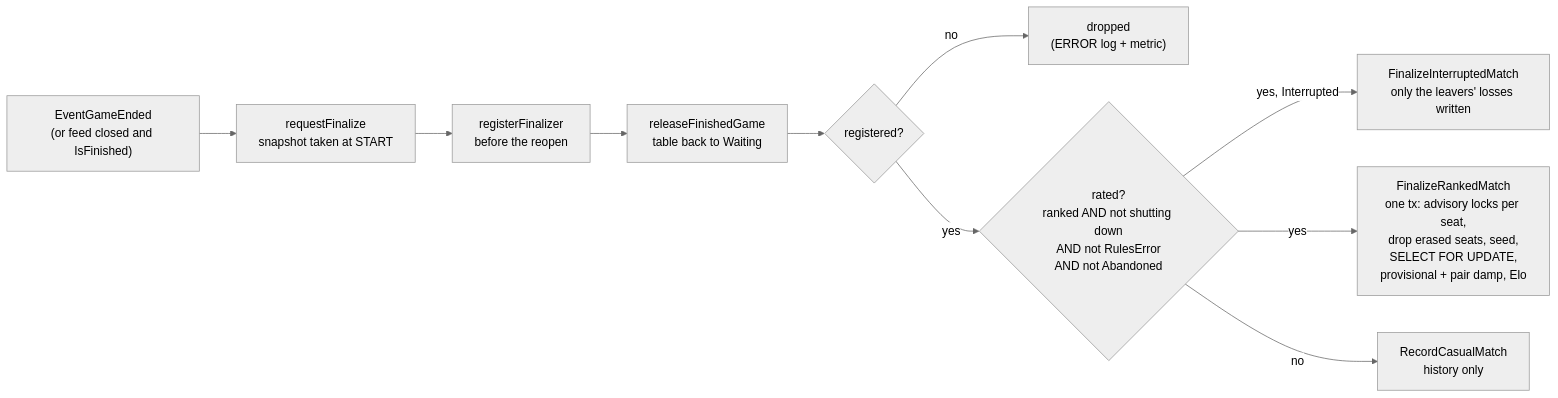
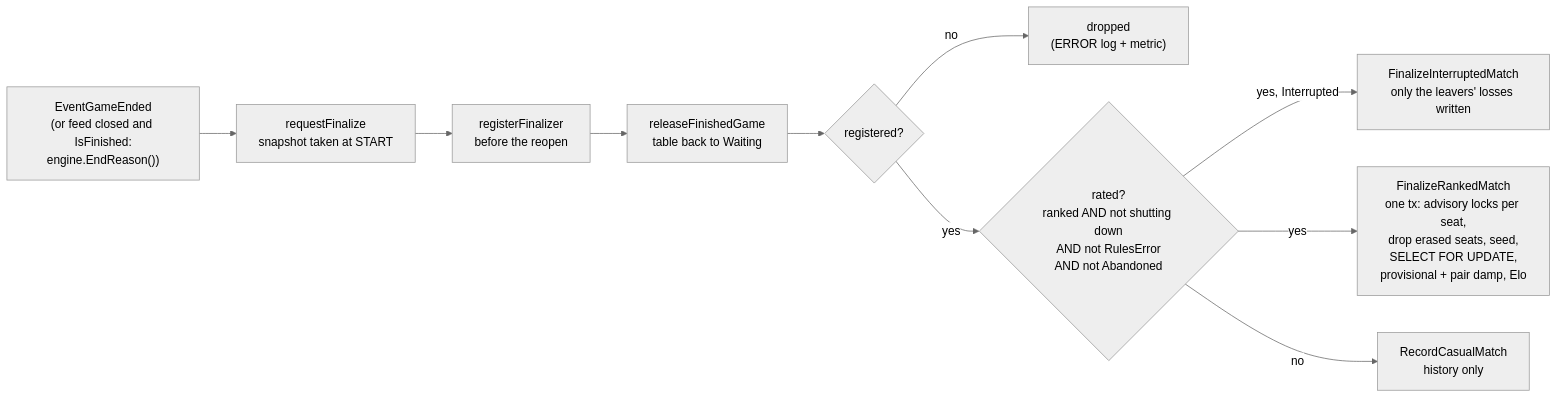
One commit to Pieczasz/tty-cards changed the seventh of 11 diagrams in docs/codebase-map.md. Above: the diagram before and after it, drawn with Mermaid (neutral theme). The commit also changed other lines of this file and 13 other files, not shown here.

Commit message:
feat(game): record why a table ended

````diff
--- a/docs/codebase-map.md
+++ b/docs/codebase-map.md
@@ -297,12 +297,12 @@
 ```mermaid
 flowchart LR
-    ended["EventGameEnded<br/>(or feed closed and IsFinished)"] --> req["requestFinalize<br/>snapshot taken at START"]
+    ended["EventGameEnded<br/>(or feed closed and IsFinished:<br/>engine.EndReason())"] --> req["requestFinalize<br/>snapshot taken at START"]
     req --> reg["registerFinalizer<br/>before the reopen"]
     reg --> release["releaseFinishedGame<br/>table back to Waiting"]
     release --> fin{"registered?"}
     fin -- no --> dropped["dropped<br/>(ERROR log + metric)"]
     fin -- yes --> gate{"rated?<br/>ranked AND not shutting down<br/>AND not RulesError<br/>AND not Abandoned"}
     gate -- "yes, Interrupted" --> interrupted["FinalizeInterruptedMatch<br/>only the leavers' losses written"]
     gate -- yes --> ranked["FinalizeRankedMatch<br/>one tx: advisory locks per seat,<br/>drop erased seats, seed,<br/>SELECT FOR UPDATE,<br/>provisional + pair damp, Elo"]
     gate -- no --> casual["RecordCasualMatch<br/>history only"]
 ```
````
